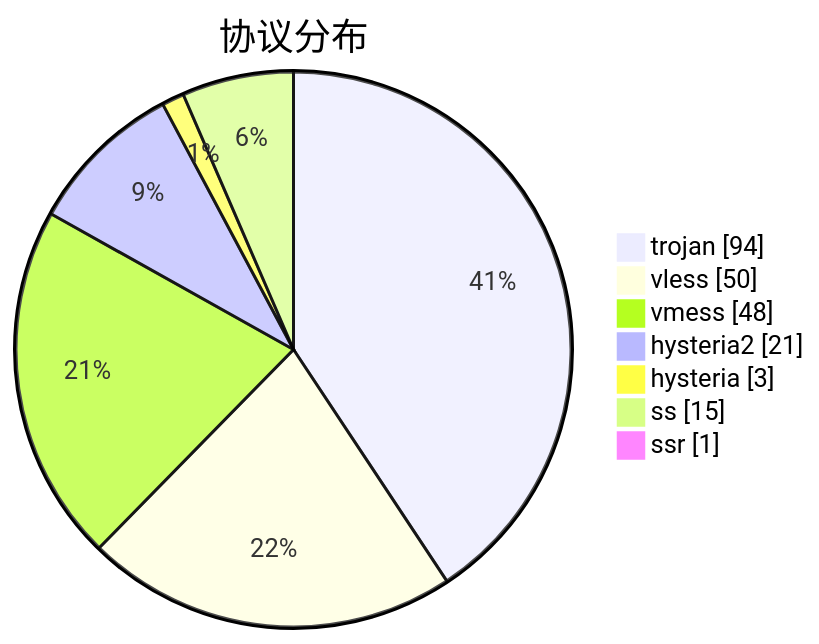
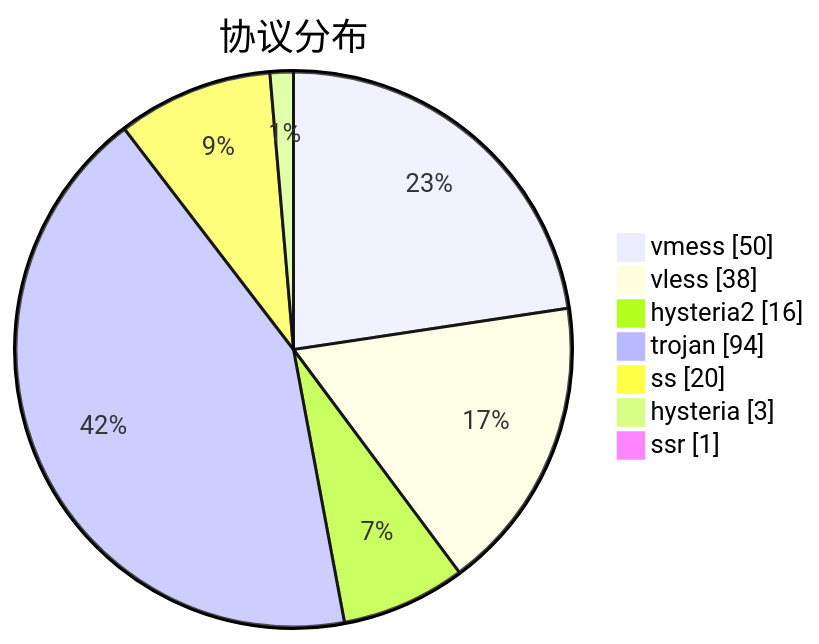
The third of 3 diagrams in subs/statistics/tested_within.md (sinspired/airport), drawn with Mermaid before and after one commit. The commit also changed other lines of this file and 2 other files, not shown here.

````diff
--- a/subs/statistics/tested_within.md
+++ b/subs/statistics/tested_within.md
@@ -34,11 +38,11 @@
 ```mermaid
 pie showData
 title 协议分布
+"vmess" : 50
+"vless" : 38
+"hysteria2" : 16
 "trojan" : 94
-"vless" : 50
-"vmess" : 48
-"hysteria2" : 21
+"ss" : 20
 "hysteria" : 3
-"ss" : 15
 "ssr" : 1
 ```
````
